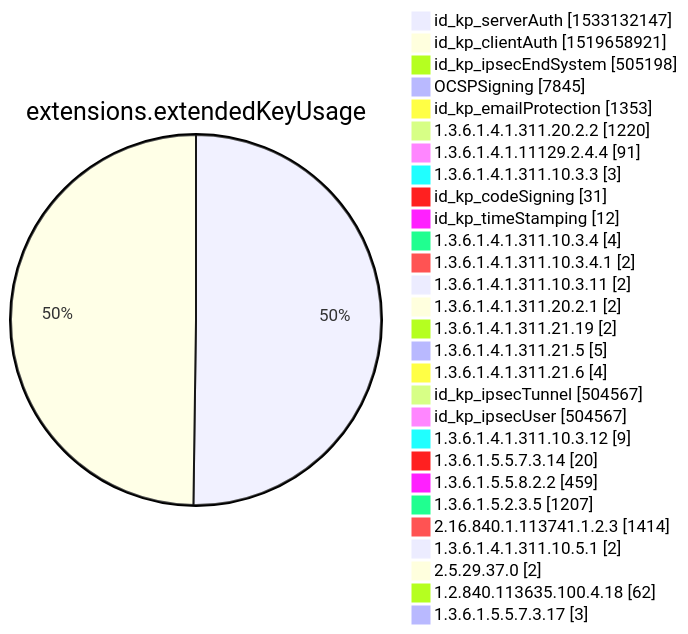
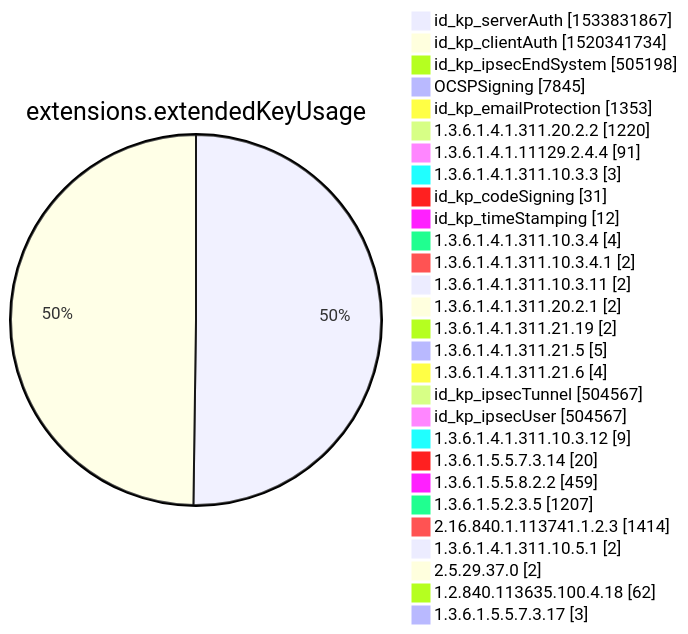
Before and after one commit to christiankrug/ctmonitor_visualization: diagram 12 of 15 in xenon2022/README.md, drawn with Mermaid. The commit also changed other lines of this file, not shown here.

````diff
--- a/xenon2022/README.md
+++ b/xenon2022/README.md
@@ -3880,32 +3880,32 @@
 ```mermaid
 pie showData
 title extensions.extendedKeyUsage
-"id_kp_serverAuth" :1533132147
-"id_kp_clientAuth" :1519658921
+"id_kp_serverAuth" :1533831867
+"id_kp_clientAuth" :1520341734
 "id_kp_ipsecEndSystem" :505198
 "OCSPSigning" :7845
 "id_kp_emailProtection" :1353
 "1.3.6.1.4.1.311.20.2.2" :1220
 "1.3.6.1.4.1.11129.2.4.4" :91
 "1.3.6.1.4.1.311.10.3.3" :3
 "id_kp_codeSigning" :31
 "id_kp_timeStamping" :12
 "1.3.6.1.4.1.311.10.3.4" :4
 "1.3.6.1.4.1.311.10.3.4.1" :2
 "1.3.6.1.4.1.311.10.3.11" :2
 "1.3.6.1.4.1.311.20.2.1" :2
 "1.3.6.1.4.1.311.21.19" :2
 "1.3.6.1.4.1.311.21.5" :5
 "1.3.6.1.4.1.311.21.6" :4
 "id_kp_ipsecTunnel" :504567
 "id_kp_ipsecUser" :504567
 "1.3.6.1.4.1.311.10.3.12" :9
 "1.3.6.1.5.5.7.3.14" :20
 "1.3.6.1.5.5.8.2.2" :459
 "1.3.6.1.5.2.3.5" :1207
 "2.16.840.1.113741.1.2.3" :1414
 "1.3.6.1.4.1.311.10.5.1" :2
 "2.5.29.37.0" :2
 "1.2.840.113635.100.4.18" :62
 "1.3.6.1.5.5.7.3.17" :3
 ```
````
